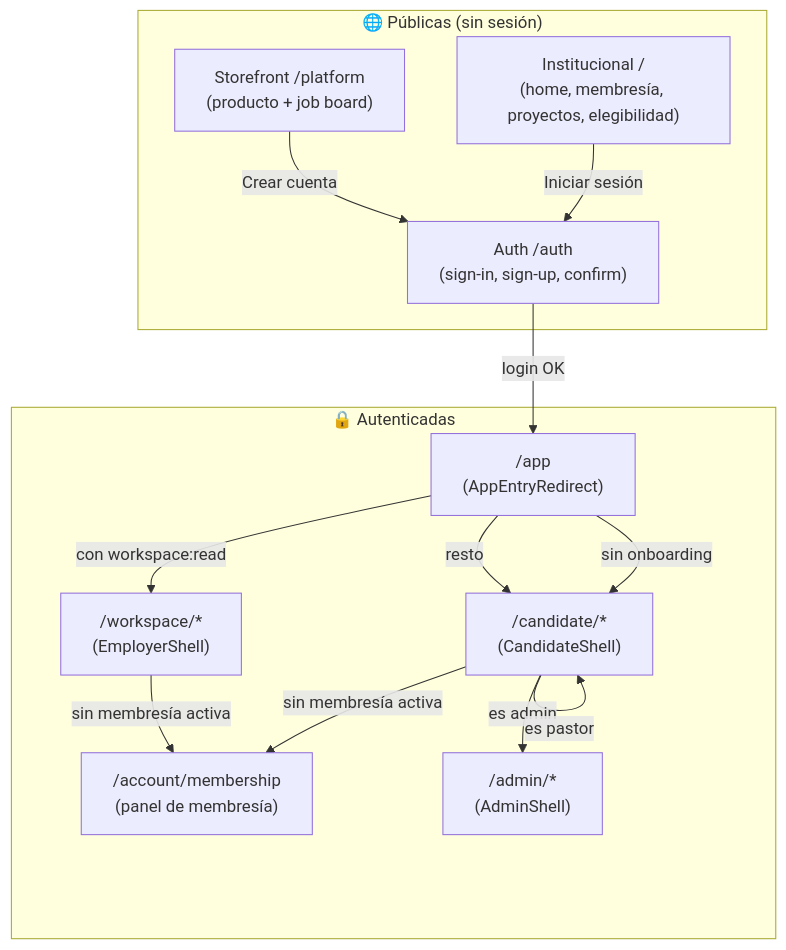
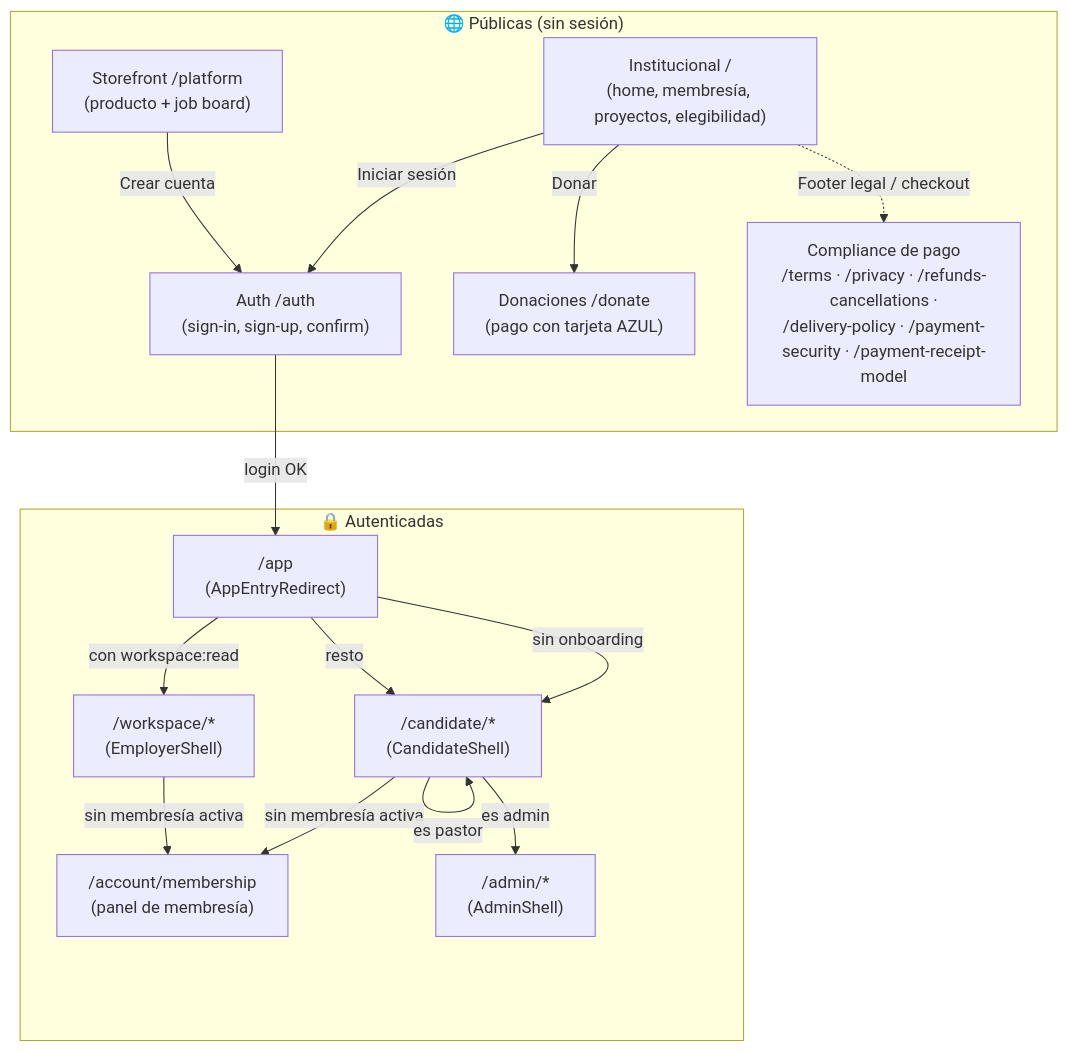
One commit to EdgarJr30/asi_do changed the first of 23 diagrams in docs/architecture/plataforma-flujograma.md. Above: the diagram before and after it, drawn with Mermaid. The commit also changed other lines of this file and 3 other files, not shown here.

First line of the commit message:
feat: update membership flow and add payment gateway AZUL details

````diff
--- a/docs/architecture/plataforma-flujograma.md
+++ b/docs/architecture/plataforma-flujograma.md
@@ -40,27 +47,31 @@
 ```mermaid
 flowchart TB
     subgraph PUB["🌐 Públicas (sin sesión)"]
         INST["Institucional /<br/>(home, membresía, proyectos, elegibilidad)"]
         STORE["Storefront /platform<br/>(producto + job board)"]
         AUTH["Auth /auth<br/>(sign-in, sign-up, confirm)"]
+        DONATE["Donaciones /donate<br/>(pago con tarjeta AZUL)"]
+        LEGAL["Compliance de pago<br/>/terms · /privacy · /refunds-cancellations ·<br/>/delivery-policy · /payment-security · /payment-receipt-model"]
     end
 
     subgraph AUTHED["🔒 Autenticadas"]
         ENTRY["/app<br/>(AppEntryRedirect)"]
         MEMB["/account/membership<br/>(panel de membresía)"]
         CAND["/candidate/*<br/>(CandidateShell)"]
         WORK["/workspace/*<br/>(EmployerShell)"]
         ADMIN["/admin/*<br/>(AdminShell)"]
     end
 
     INST -->|"Iniciar sesión"| AUTH
+    INST -->|"Donar"| DONATE
+    INST -.->|"Footer legal / checkout"| LEGAL
     STORE -->|"Crear cuenta"| AUTH
     AUTH -->|"login OK"| ENTRY
     ENTRY -->|"sin onboarding"| CAND
     ENTRY -->|"con workspace:read"| WORK
     ENTRY -->|"resto"| CAND
     CAND -->|"sin membresía activa"| MEMB
     WORK -->|"sin membresía activa"| MEMB
     CAND -->|"es admin"| ADMIN
     CAND -->|"es pastor"| CAND
 ```
````
